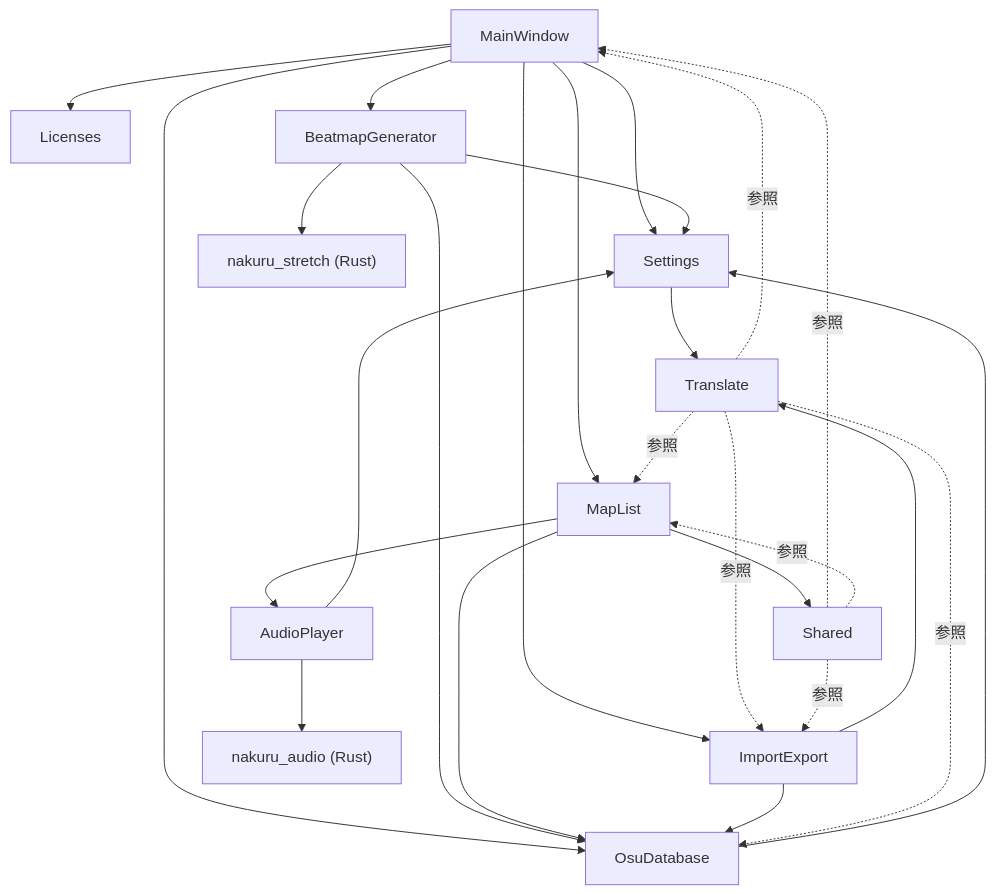
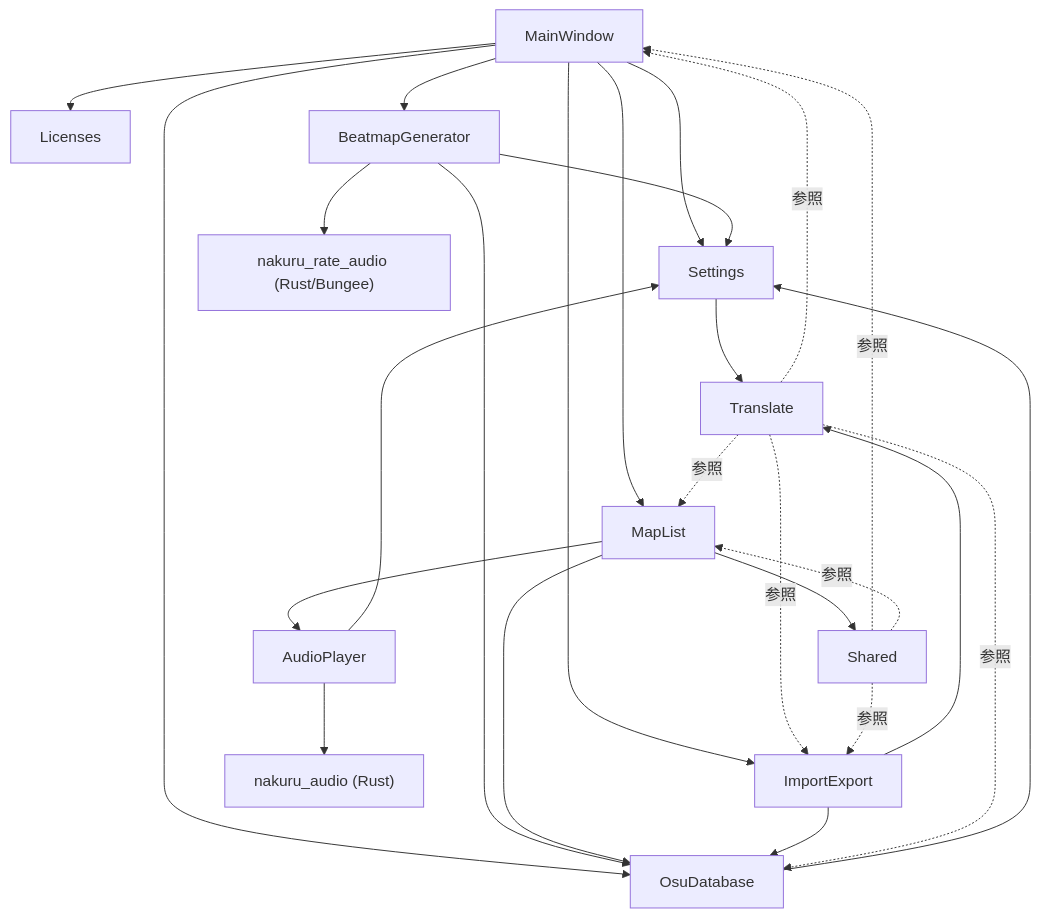
The diagram in docs/ARCHITECTURE.md (rice5941/NakuruTool_Avalonia_AOT), drawn with Mermaid before and after one commit. The commit also changed other lines of this file and 45 other files, not shown here.

````diff
--- a/docs/ARCHITECTURE.md
+++ b/docs/ARCHITECTURE.md
@@ -208,28 +216,28 @@
 ```mermaid
 graph TD
     MW[MainWindow] --> Settings
     MW --> OsuDatabase
     MW --> MapList
     MW --> ImportExport
     MW --> Licenses
     MW --> BeatmapGenerator
     BeatmapGenerator --> OsuDatabase
     BeatmapGenerator --> Settings
     MapList --> OsuDatabase
     MapList --> AudioPlayer
     MapList --> Shared
     ImportExport --> OsuDatabase
     ImportExport --> Translate
     AudioPlayer --> Settings
     AudioPlayer --> NativeLib["nakuru_audio (Rust)"]
-    BeatmapGenerator --> NativeStretch["nakuru_stretch (Rust)"]
+    BeatmapGenerator --> NativeRateAudio["nakuru_rate_audio (Rust/Bungee)"]
     OsuDatabase --> Settings
     Settings --> Translate
     Translate -.->|参照| MW
     Translate -.->|参照| MapList
     Translate -.->|参照| OsuDatabase
     Translate -.->|参照| ImportExport
     Shared -.->|参照| MW
     Shared -.->|参照| MapList
     Shared -.->|参照| ImportExport
 ```
````
